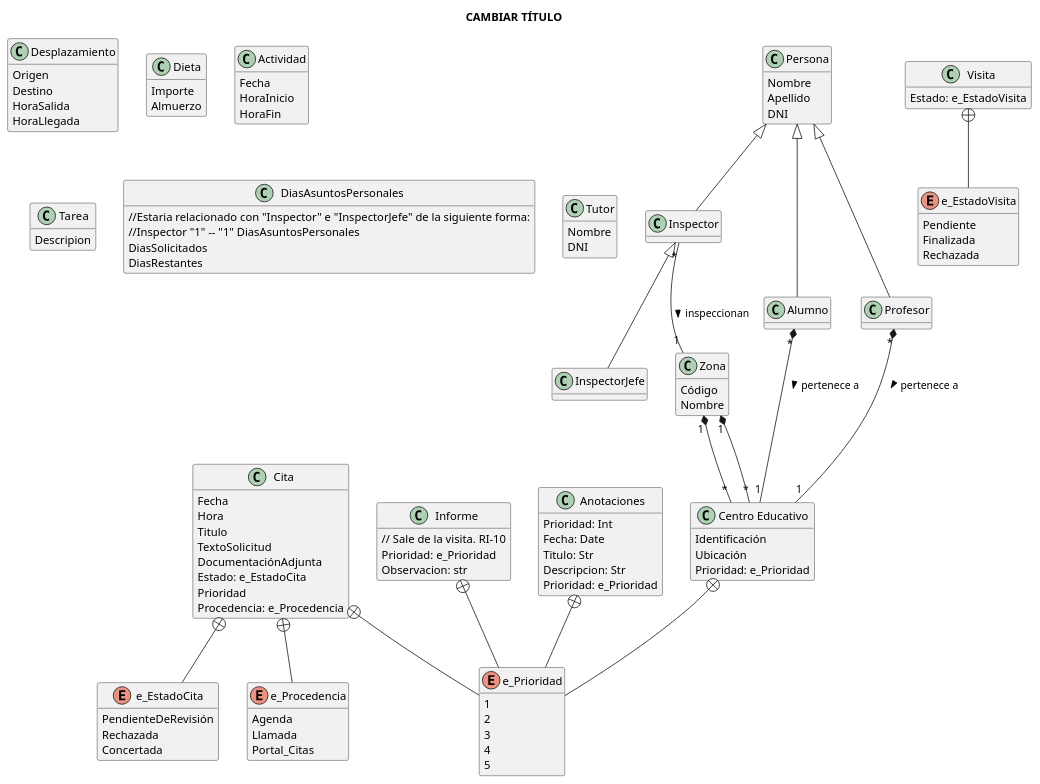
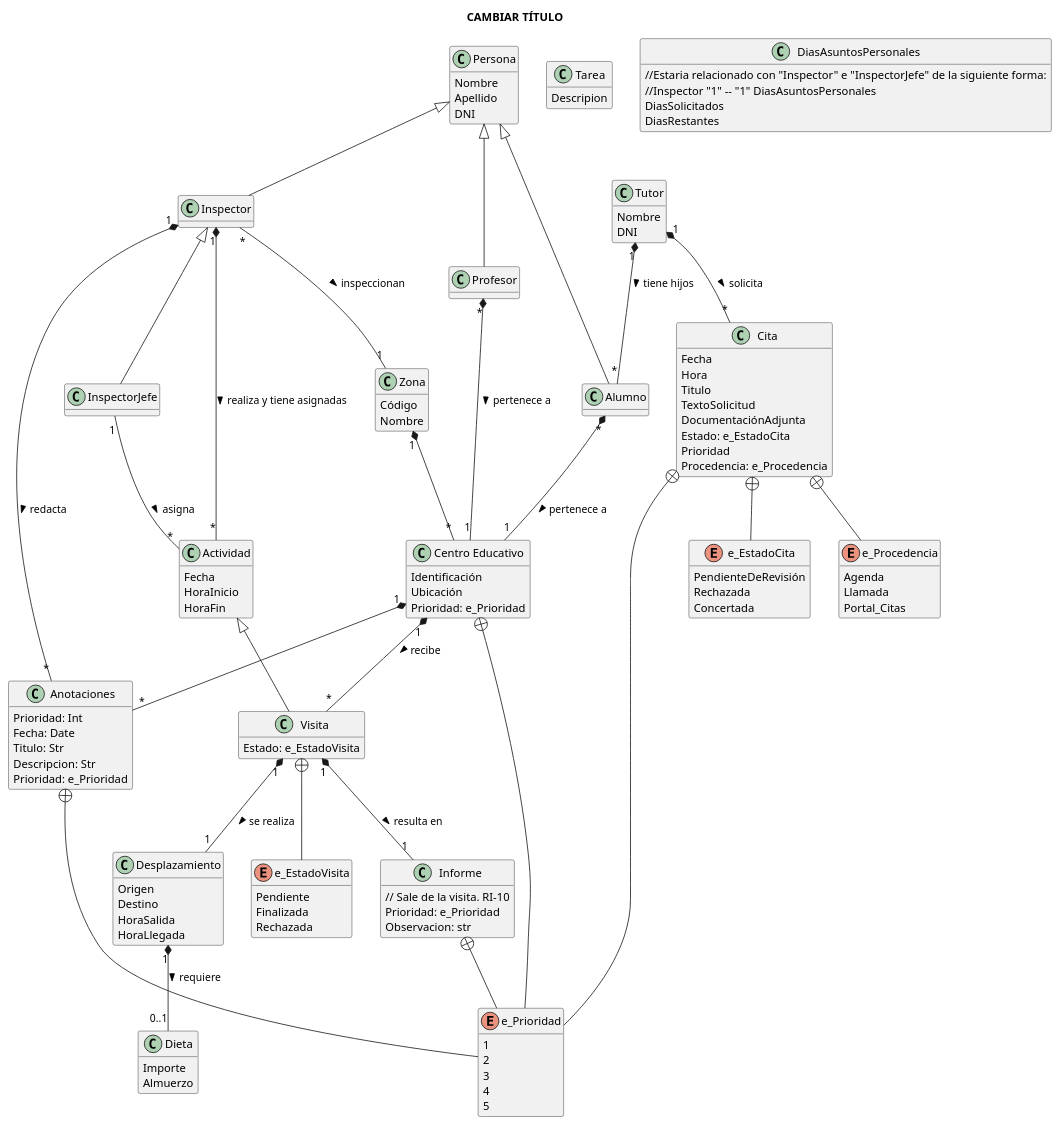
One commit to lorenzomaranon/ProyectoBD_Inspeccion_Educativa changed the diagram in docs/modelado_conceptual.puml. Above: the diagram before and after it, drawn with PlantUML.

Commit message:
Añade relaciones de composicion y herencias en muchas clases

```diff
--- a/docs/modelado_conceptual.puml
+++ b/docs/modelado_conceptual.puml
@@ -85,11 +85,21 @@
 Persona <|-- Alumno
 Persona <|-- Profesor
 Persona <|-- Inspector
+Actividad <|-- Visita
 Alumno "*" *-- "1" CentroEducativo: pertenece a >
 Profesor "*" *-- "1" CentroEducativo: pertenece a >
 Zona "1" *-- "*" CentroEducativo
-Zona "1" *-- "*" CentroEducativo
 Inspector "*" -- "1" Zona: inspeccionan >
+Inspector "1" *-- "*" Anotaciones: redacta >
+Tutor "1" *-- "*" Alumno : tiene hijos > 
+Tutor "1" *-- "*" Cita : solicita >
+CentroEducativo "1" *-- "*" Visita: recibe >
+Inspector "1" *-- "*" Actividad: realiza y tiene asignadas >
+Visita "1" *-- "1" Informe: resulta en >
+Visita "1" *-- "1" Desplazamiento : se realiza >
+Desplazamiento "1" *-- "0..1" Dieta : requiere >
+InspectorJefe "1" -- "*" Actividad : asigna > 
+CentroEducativo "1" *-- "*" Anotaciones
 
 class InspectorJefe {
 }
```
